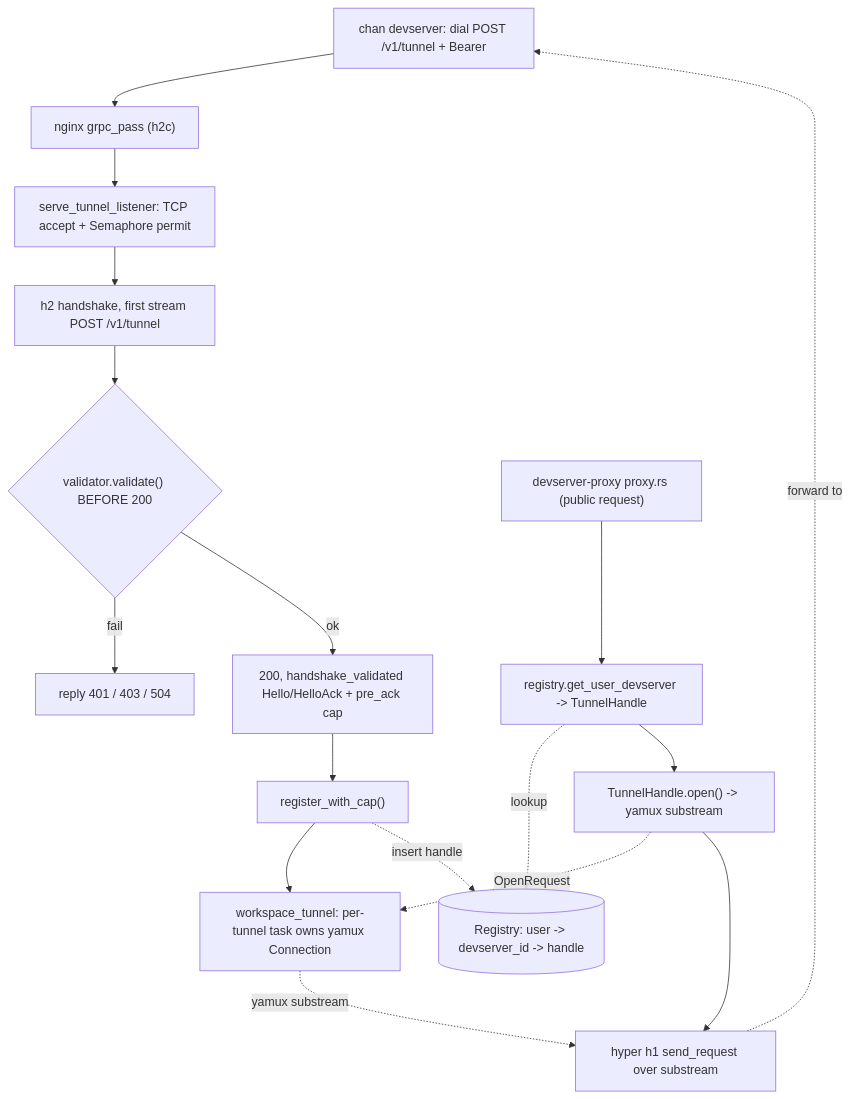
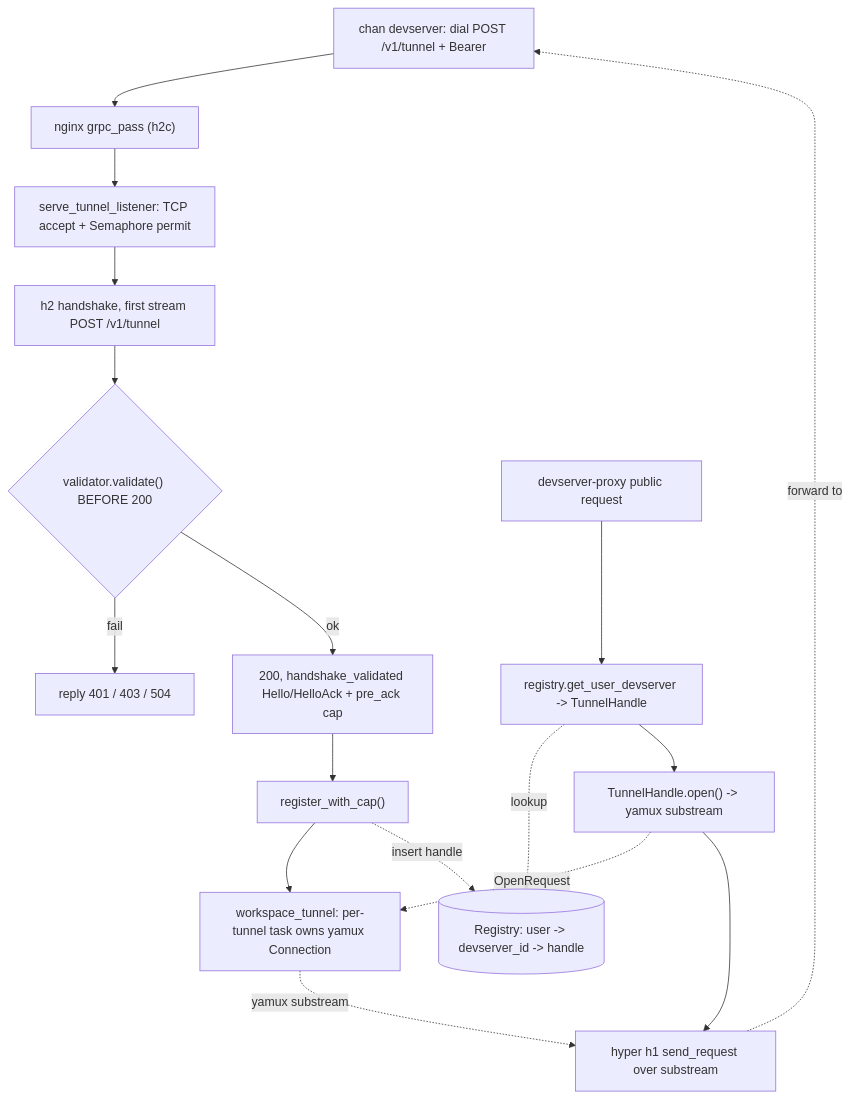
One commit to likewhatevs/chan changed the first of 2 diagrams in crates/chan-tunnel-server/design.md. Above: the diagram before and after it, drawn with Mermaid. The commit also changed other lines of this file and 20 other files, not shown here.

````diff
--- a/crates/chan-tunnel-server/design.md
+++ b/crates/chan-tunnel-server/design.md
@@ -41,29 +38,29 @@
 ```mermaid
 flowchart TD
     client["chan devserver: dial POST /v1/tunnel + Bearer"]
     nginx["nginx grpc_pass (h2c)"]
     listener["serve_tunnel_listener: TCP accept + Semaphore permit"]
     h2["h2 handshake, first stream POST /v1/tunnel"]
     validate{"validator.validate() BEFORE 200"}
     reject["reply 401 / 403 / 504"]
     ack["200, handshake_validated Hello/HelloAck + pre_ack cap"]
     register["register_with_cap()"]
     driver["workspace_tunnel: per-tunnel task owns yamux Connection"]
     registry[("Registry: user -> devserver_id -> handle")]
-    proxy["devserver-proxy proxy.rs (public request)"]
+    proxy["devserver-proxy public request"]
     get["registry.get_user_devserver -> TunnelHandle"]
     open["TunnelHandle.open() -> yamux substream"]
     h1["hyper h1 send_request over substream"]
 
     client --> nginx --> listener --> h2 --> validate
     validate -- "fail" --> reject
     validate -- "ok" --> ack --> register --> driver
     register -. "insert handle" .-> registry
     proxy --> get
     get -. "lookup" .-> registry
     get --> open
     open -. "OpenRequest" .-> driver
     open --> h1
     driver -. "yamux substream" .-> h1
     h1 -. "forward to" .-> client
 ```
````
